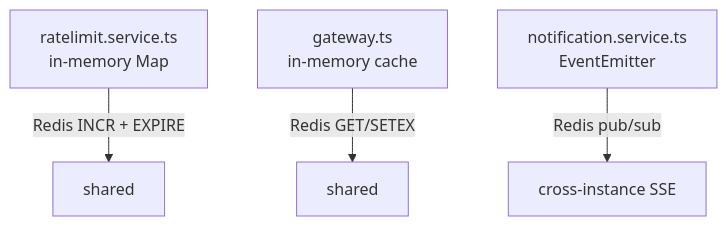
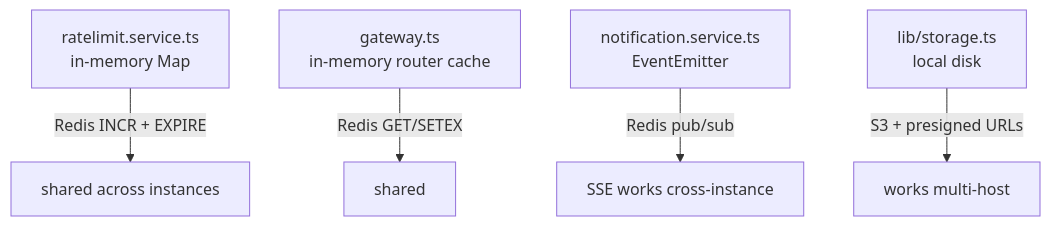
One commit to X-Rachit-X/AI_Secretary changed the fourth of 4 diagrams in docs/10-DEPLOYMENT.md. Above: the diagram before and after it, drawn with Mermaid. The commit also changed other lines of this file and 3 other files, not shown here.

````diff
--- a/docs/10-DEPLOYMENT.md
+++ b/docs/10-DEPLOYMENT.md
@@ -450,6 +890,7 @@
 ```mermaid
 flowchart TD
-    A["ratelimit.service.ts<br/>in-memory Map"] -->|"Redis INCR + EXPIRE"| A1["shared"]
-    B["gateway.ts<br/>in-memory cache"] -->|"Redis GET/SETEX"| B1["shared"]
-    C["notification.service.ts<br/>EventEmitter"] -->|"Redis pub/sub"| C1["cross-instance SSE"]
+    A["ratelimit.service.ts<br/>in-memory Map"] -->|"Redis INCR + EXPIRE"| A1["shared across instances"]
+    B["gateway.ts<br/>in-memory router cache"] -->|"Redis GET/SETEX"| B1["shared"]
+    C["notification.service.ts<br/>EventEmitter"] -->|"Redis pub/sub"| C1["SSE works cross-instance"]
+    D["lib/storage.ts<br/>local disk"] -->|"S3 + presigned URLs"| D1["works multi-host"]
 ```
````
